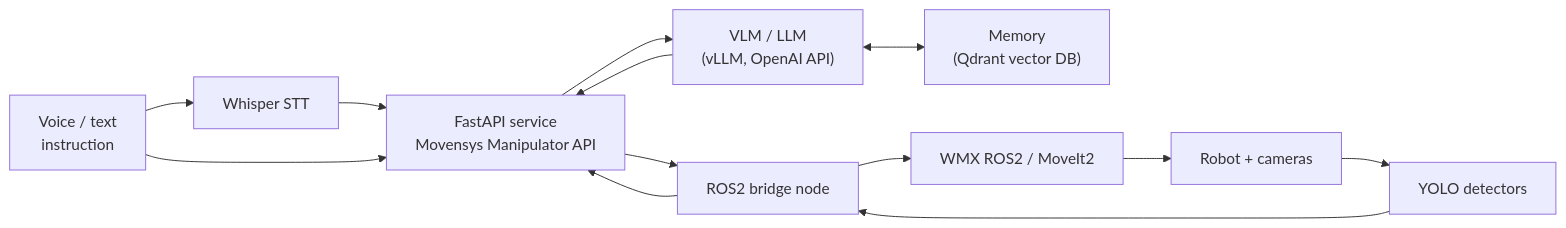
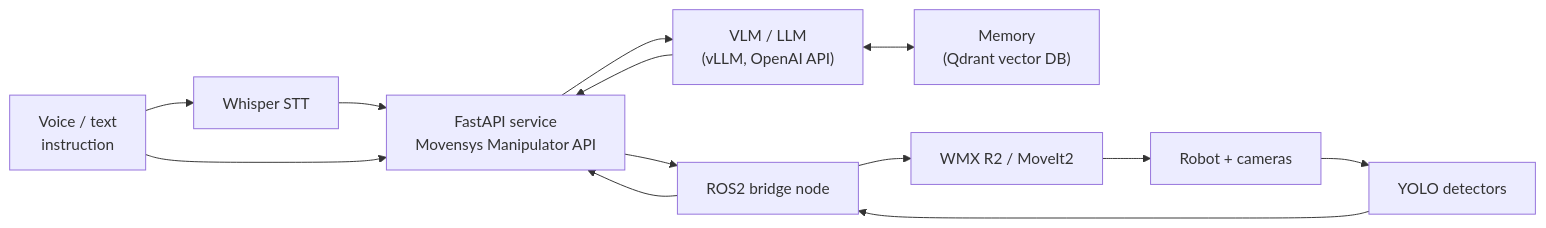
One commit to movensys/wmx-r2-doc changed the diagram in doc/integration/intelligence_integration.rst. Above: the diagram before and after it, drawn with Mermaid. The commit also changed other lines of this file and 38 other files, not shown here.

```diff
--- a/doc/integration/intelligence_integration.rst
+++ b/doc/integration/intelligence_integration.rst
@@ -18,23 +18,23 @@
 .. mermaid::
    :caption: Movensys Intelligence — perception and language to motion
    :zoom:
 
    flowchart LR
        USER["Voice / text<br/>instruction"]
        WHISPER["Whisper STT"]
        VLM["VLM / LLM<br/>(vLLM, OpenAI API)"]
        MEM["Memory<br/>(Qdrant vector DB)"]
        API["FastAPI service<br/>Movensys Manipulator API"]
        BRIDGE["ROS2 bridge node"]
-       WMX["WMX ROS2 / MoveIt2"]
+       WMX["WMX R2 / MoveIt2"]
        ROBOT["Robot + cameras"]
        YOLO["YOLO detectors"]
 
        USER --> WHISPER --> API
        USER --> API
        API --> VLM
        VLM <--> MEM
        VLM --> API
        API --> BRIDGE --> WMX --> ROBOT
        ROBOT --> YOLO --> BRIDGE
        BRIDGE --> API
```
